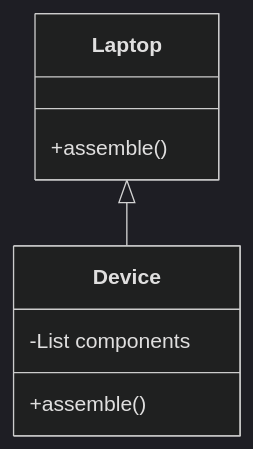
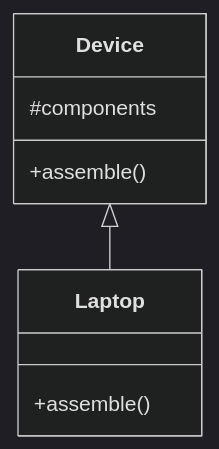
Before and after one commit to fppuma/java-decorator: the diagram in README.md, drawn with Mermaid (dark theme).

Commit message:
class diagram

````diff
--- a/README.md
+++ b/README.md
@@ -5,9 +5,9 @@
 ```mermaid
 classDiagram
-     Laptop <|-- Device
-     Laptop : +assemble()
-     class Device {
-         -List components
+     Device <|-- Laptop
+     Device : #components
+     Device : +assemble()
+     class Laptop {
          +assemble()
      }
 ```
````
